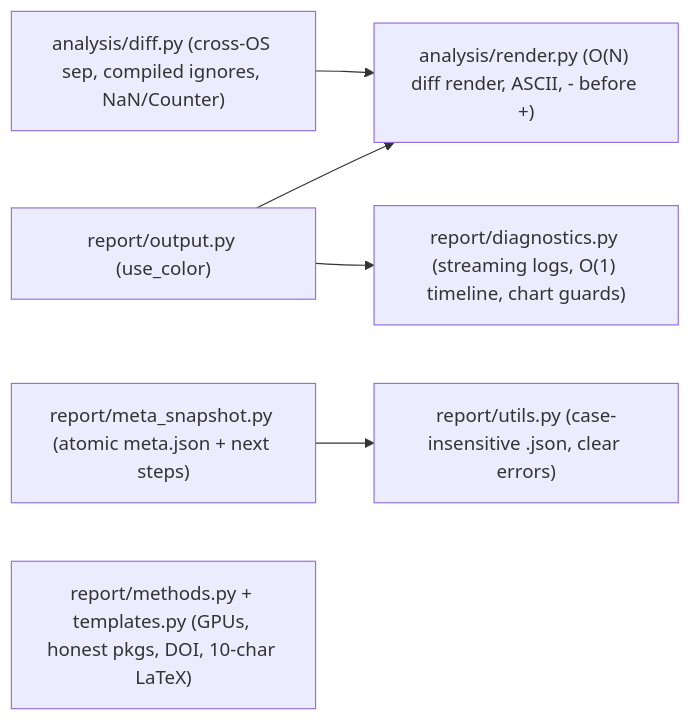
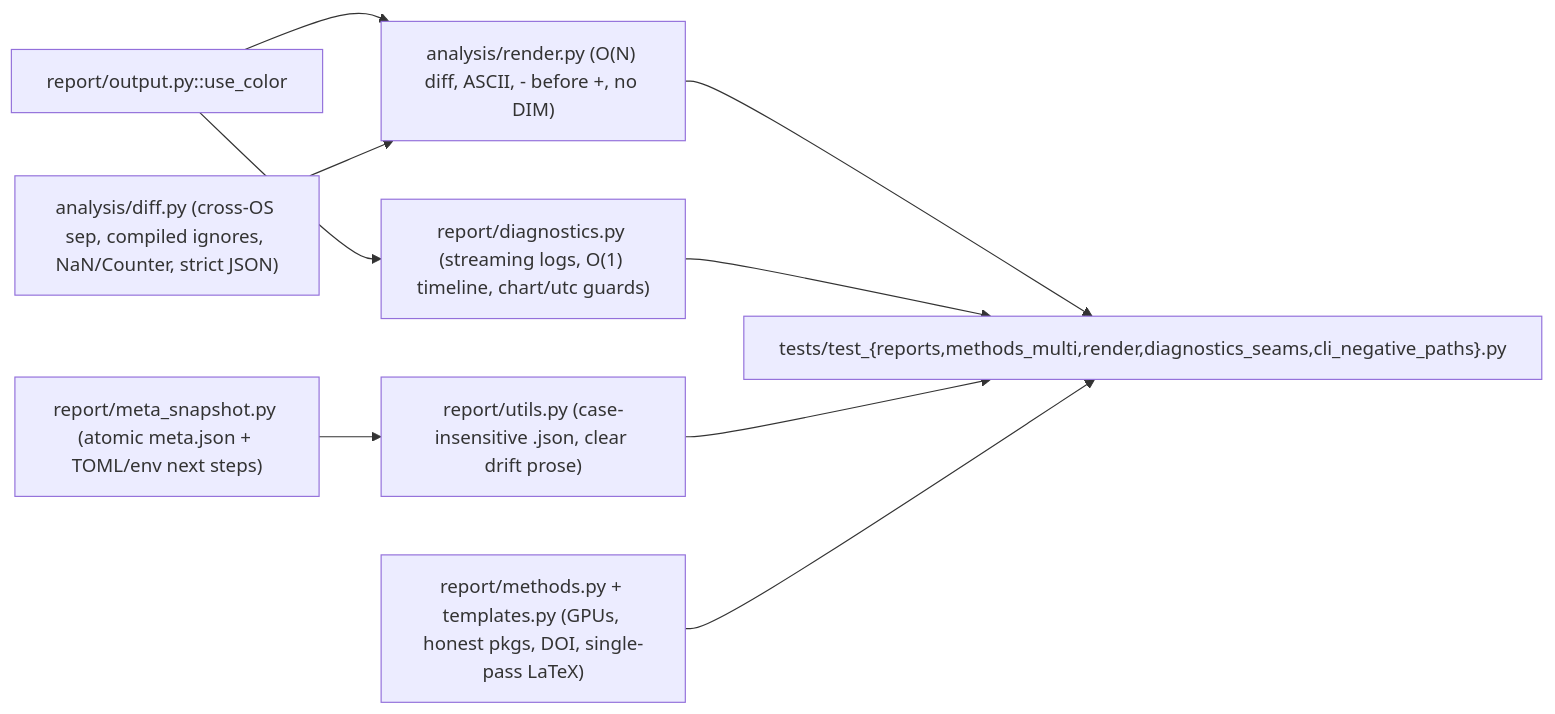
The diagram in .aw/records/plans/pending/20261127-assess-8l-07-caeqdz-diff-methods-diagnostics-and-meta-snapshot-correctness-and-s.ipd.md (fariello/pubrun), drawn with Mermaid before and after one commit. The commit also changed other lines of this file and 1 other file, not shown here.

````diff
--- a/.aw/records/plans/pending/20261127-assess-8l-07-caeqdz-diff-methods-diagnostics-and-meta-snapshot-correctness-and-s.ipd.md
+++ b/.aw/records/plans/pending/20261127-assess-8l-07-caeqdz-diff-methods-diagnostics-and-meta-snapshot-correctness-and-s.ipd.md
@@ -32,8 +34,12 @@
 ```mermaid
 flowchart LR
-    OUT["report/output.py (use_color)"] --> REN["analysis/render.py (O(N) diff render, ASCII, - before +)"]
-    OUT --> DIAG["report/diagnostics.py (streaming logs, O(1) timeline, chart guards)"]
-    DIFF["analysis/diff.py (cross-OS sep, compiled ignores, NaN/Counter)"] --> REN
-    META["report/meta_snapshot.py (atomic meta.json + next steps)"] --> UTIL["report/utils.py (case-insensitive .json, clear errors)"]
-    METH["report/methods.py + templates.py (GPUs, honest pkgs, DOI, 10-char LaTeX)"]
+    OUT["report/output.py::use_color"] --> REN["analysis/render.py (O(N) diff, ASCII, - before +, no DIM)"]
+    OUT --> DIAG["report/diagnostics.py (streaming logs, O(1) timeline, chart/utc guards)"]
+    DIFF["analysis/diff.py (cross-OS sep, compiled ignores, NaN/Counter, strict JSON)"] --> REN
+    META["report/meta_snapshot.py (atomic meta.json + TOML/env next steps)"] --> UTIL["report/utils.py (case-insensitive .json, clear drift prose)"]
+    METH["report/methods.py + templates.py (GPUs, honest pkgs, DOI, single-pass LaTeX)"]
+    REN --> TESTS["tests/test_{reports,methods_multi,render,diagnostics_seams,cli_negative_paths}.py"]
+    DIAG --> TESTS
+    UTIL --> TESTS
+    METH --> TESTS
 ```
````
